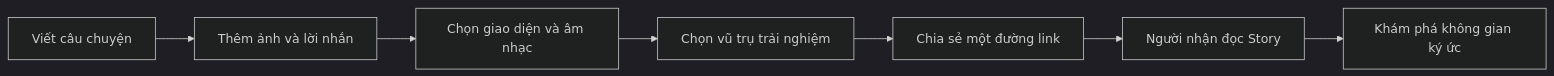
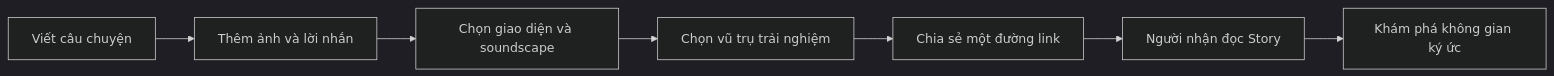
One commit to VuongwNguyen/Lumora changed the diagram in README.md. Above: the diagram before and after it, drawn with Mermaid (dark theme). The commit also changed other lines of this file and 42 other files, not shown here.

````diff
--- a/README.md
+++ b/README.md
@@ -19,9 +19,9 @@
 ```mermaid
 flowchart LR
     A[Viết câu chuyện] --> B[Thêm ảnh và lời nhắn]
-    B --> C[Chọn giao diện và âm nhạc]
+    B --> C[Chọn giao diện và soundscape]
     C --> D[Chọn vũ trụ trải nghiệm]
     D --> E[Chia sẻ một đường link]
     E --> F[Người nhận đọc Story]
     F --> G[Khám phá không gian ký ức]
 ```
````
